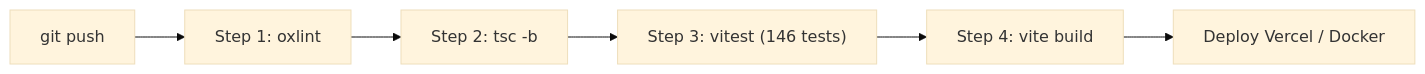
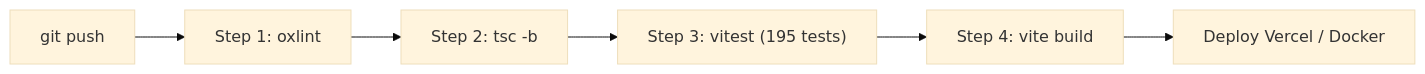
One commit to justccuong/ChillFlow changed the diagram in README.md. Above: the diagram before and after it, drawn with Mermaid (base theme). The commit also changed other lines of this file and 5 other files, not shown here.

````diff
--- a/README.md
+++ b/README.md
@@ -153,8 +153,8 @@
 ```mermaid
 flowchart LR
     A["git push"] --> B["Step 1: oxlint"]
     B --> C["Step 2: tsc -b"]
-    C --> D["Step 3: vitest (146 tests)"]
+    C --> D["Step 3: vitest (195 tests)"]
     D --> E["Step 4: vite build"]
     E --> F["Deploy Vercel / Docker"]
 ```
````
